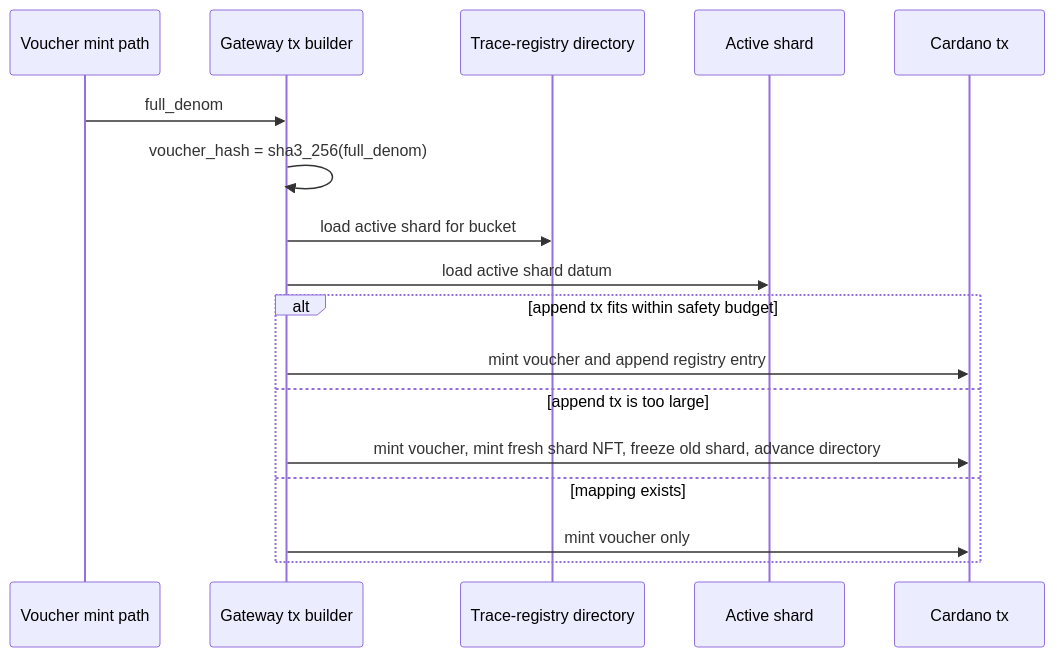
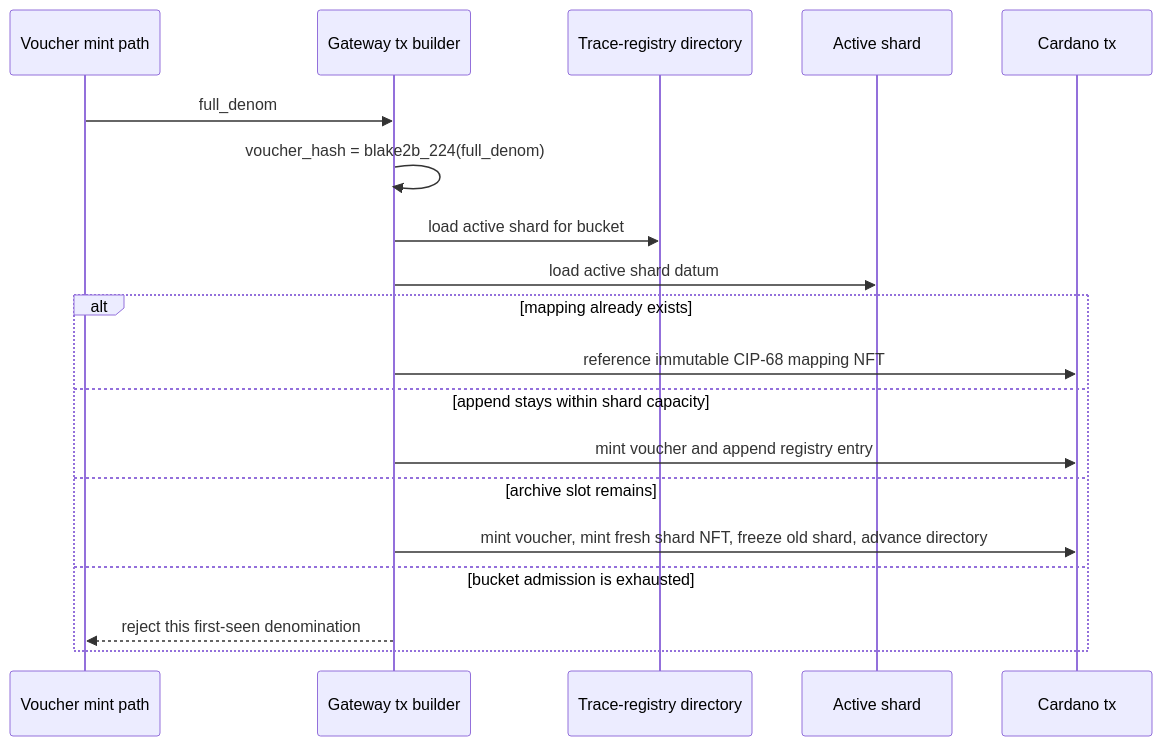
One commit to cardano-foundation/cardano-ibc-incubator changed the second of 2 diagrams in docs/cardano-trace-registry.md. Above: the diagram before and after it, drawn with Mermaid. The commit also changed other lines of this file and 16 other files, not shown here.

````diff
--- a/docs/cardano-trace-registry.md
+++ b/docs/cardano-trace-registry.md
@@ -124,20 +158,22 @@
 ```mermaid
 sequenceDiagram
   participant W as Voucher mint path
   participant G as Gateway tx builder
   participant D as Trace-registry directory
   participant S as Active shard
   participant C as Cardano tx
 
   W->>G: full_denom
-  G->>G: voucher_hash = sha3_256(full_denom)
+  G->>G: voucher_hash = blake2b_224(full_denom)
   G->>D: load active shard for bucket
   G->>S: load active shard datum
-  alt append tx fits within safety budget
+  alt mapping already exists
+    G->>C: reference immutable CIP-68 mapping NFT
+  else append stays within shard capacity
     G->>C: mint voucher and append registry entry
-  else append tx is too large
+  else archive slot remains
     G->>C: mint voucher, mint fresh shard NFT, freeze old shard, advance directory
-  else mapping exists
-    G->>C: mint voucher only
+  else bucket admission is exhausted
+    G-->>W: reject this first-seen denomination
   end
 ```
````
